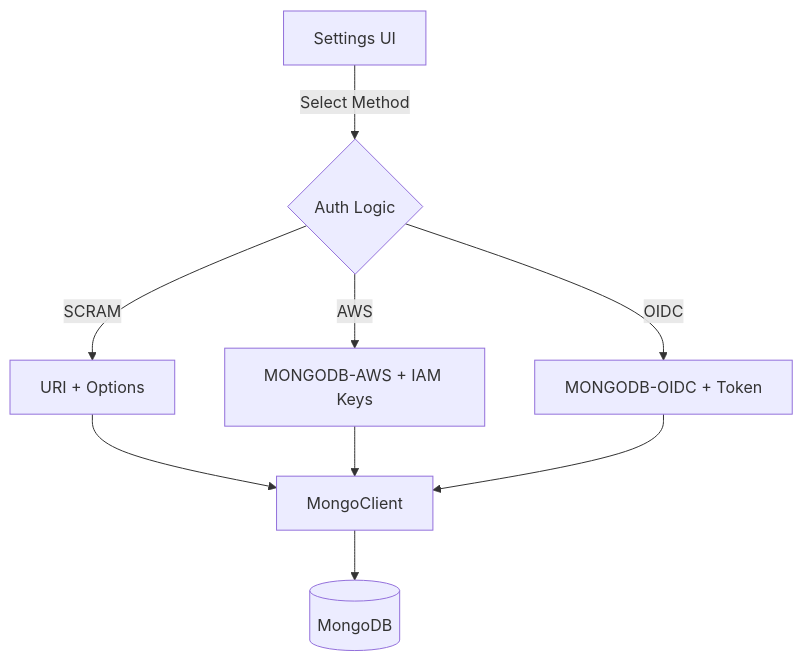
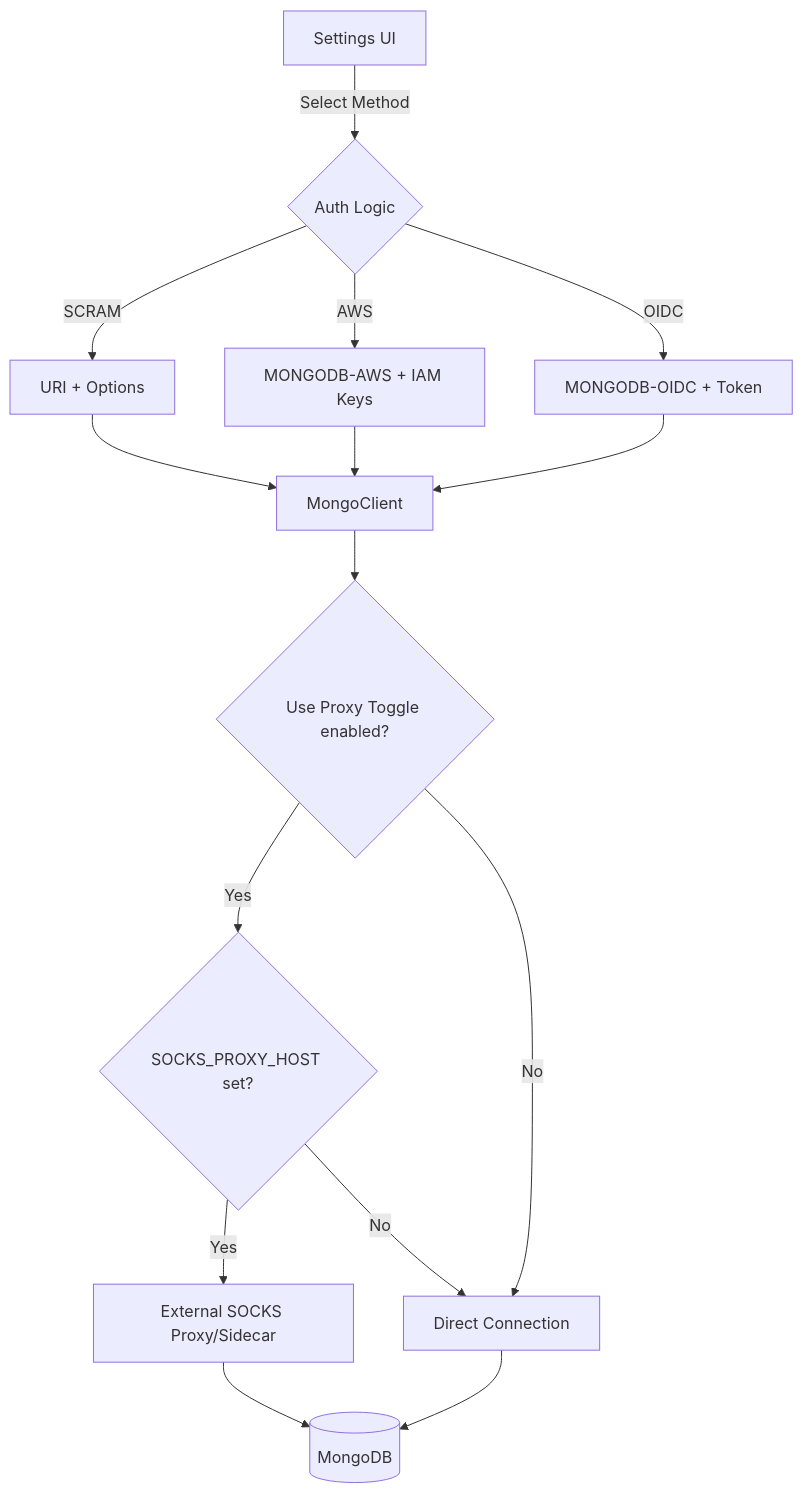
One commit to AlesKracik/ValueStream-DependencyTree changed the first of 3 diagrams in doc/PERSISTENCE.md. Above: the diagram before and after it, drawn with Mermaid. The commit also changed other lines of this file and 13 other files, not shown here.

Commit message:
feat: implement systematic SOCKS5 proxy architecture for MongoDB with granular UI control

````diff
--- a/doc/PERSISTENCE.md
+++ b/doc/PERSISTENCE.md
@@ -75,11 +82,17 @@
 ```mermaid
 graph TD
     UI[Settings UI] -->|Select Method| Auth{Auth Logic}
     Auth -->|SCRAM| SCRAM[URI + Options]
     Auth -->|AWS| AWS[MONGODB-AWS + IAM Keys]
     Auth -->|OIDC| OIDC[MONGODB-OIDC + Token]
     SCRAM --> Driver[MongoClient]
     AWS --> Driver
     OIDC --> Driver
-    Driver --> DB[(MongoDB)]
+    Driver --> ProxyToggle{Use Proxy Toggle enabled?}
+    ProxyToggle -->|Yes| EnvCheck{SOCKS_PROXY_HOST set?}
+    EnvCheck -->|Yes| SOCKS[External SOCKS Proxy/Sidecar]
+    ProxyToggle -->|No| Direct[Direct Connection]
+    EnvCheck -->|No| Direct
+    SOCKS --> DB[(MongoDB)]
+    Direct --> DB
 ```
````
